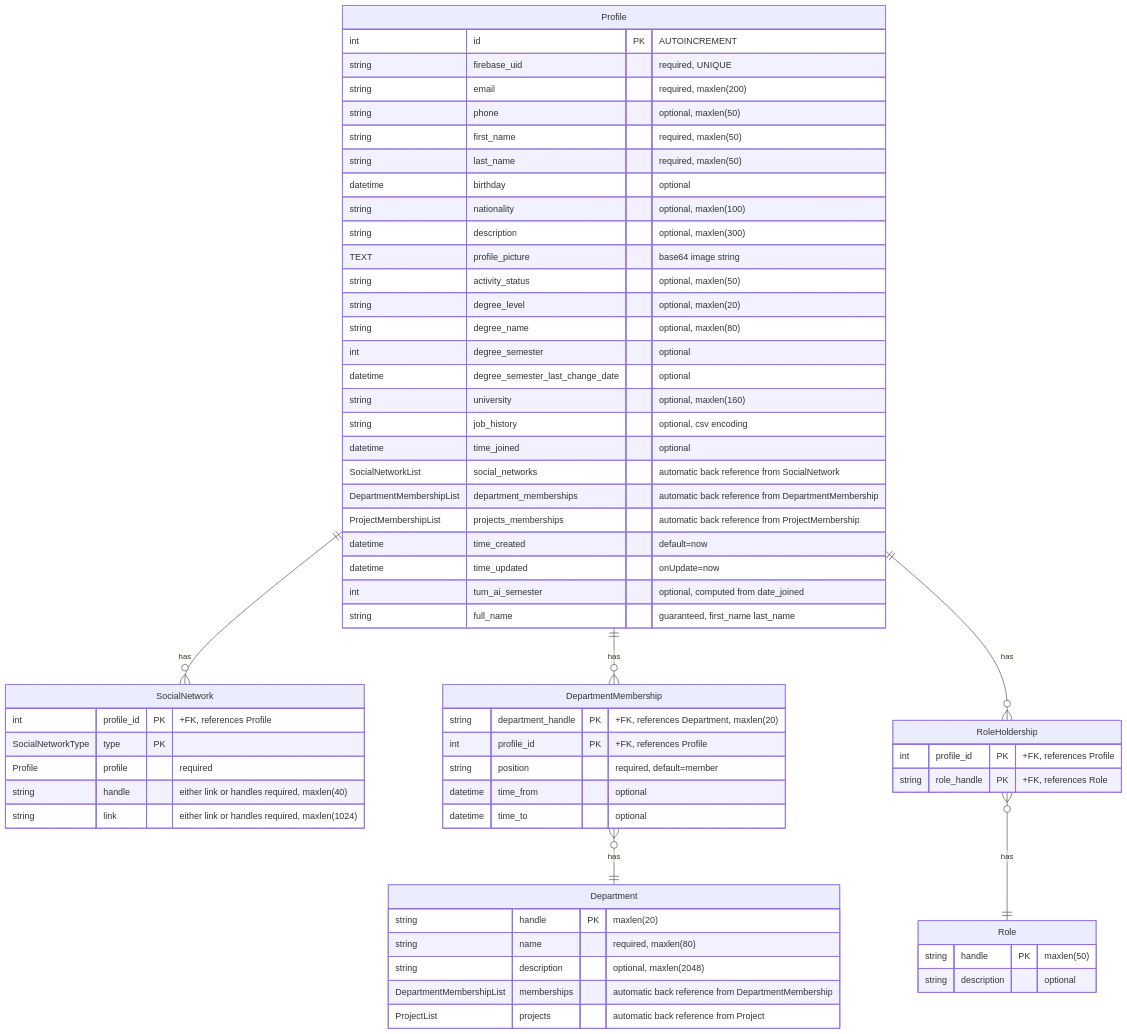
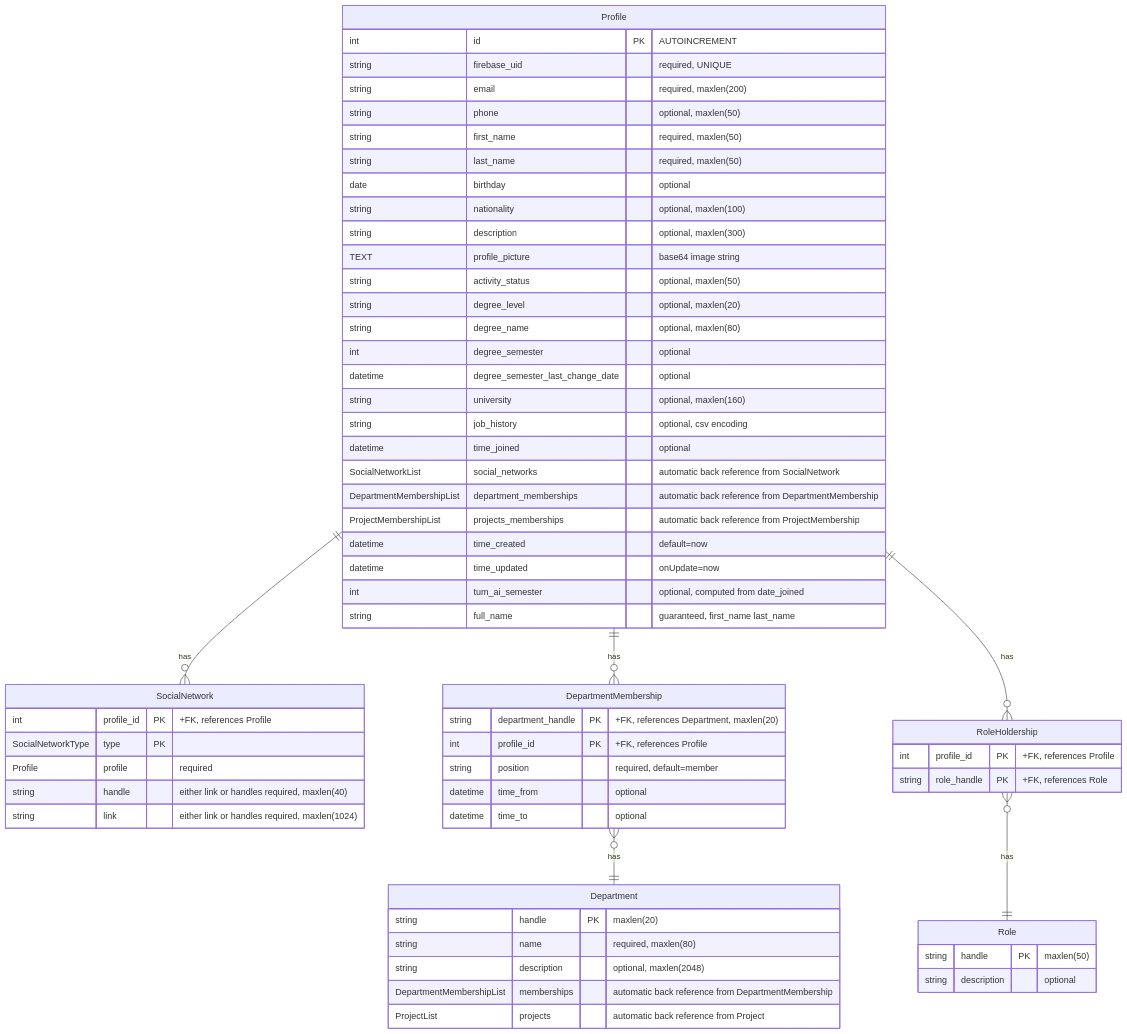
One commit to tum-ai/space changed the diagram in api/README.md. Above: the diagram before and after it, drawn with Mermaid. The commit also changed 82 other files, not shown here.

```diff
--- a/api/README.md
+++ b/api/README.md
@@ -27,10 +27,10 @@
         string phone "optional, maxlen(50)"
         string first_name "required, maxlen(50)"
         string last_name "required, maxlen(50)"
-        datetime birthday "optional"
+        date birthday "optional"
         string nationality "optional, maxlen(100)"
         string description "optional, maxlen(300)"
-        TEXT profile_picture  "base64 image string"
+        TEXT profile_picture "base64 image string"
         string activity_status "optional, maxlen(50)"
 
         string degree_level "optional, maxlen(20)"
@@ -82,8 +82,8 @@
         string description "optional"
     }
     RoleHoldership {
-    	int profile_id PK "+FK, references Profile"
-    	string role_handle PK "+FK, references Role"
+        int profile_id PK "+FK, references Profile"
+        string role_handle PK "+FK, references Role"
     }
     %% ================================
     %% relations
```
